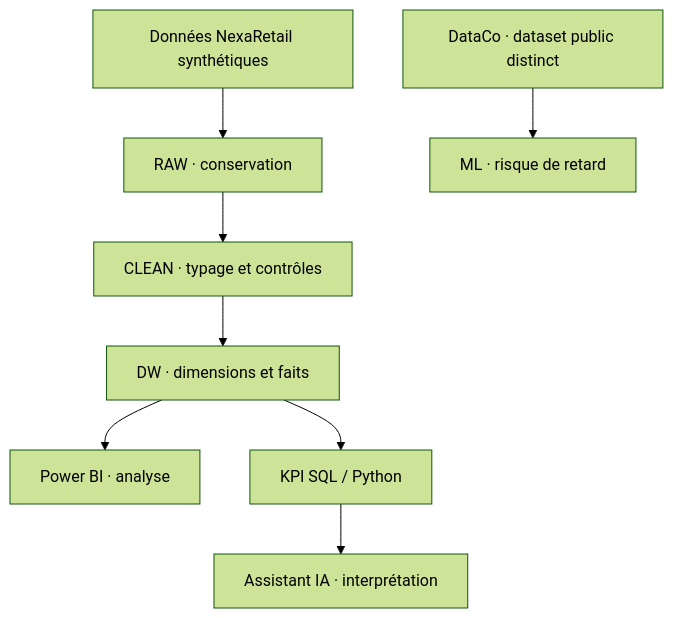
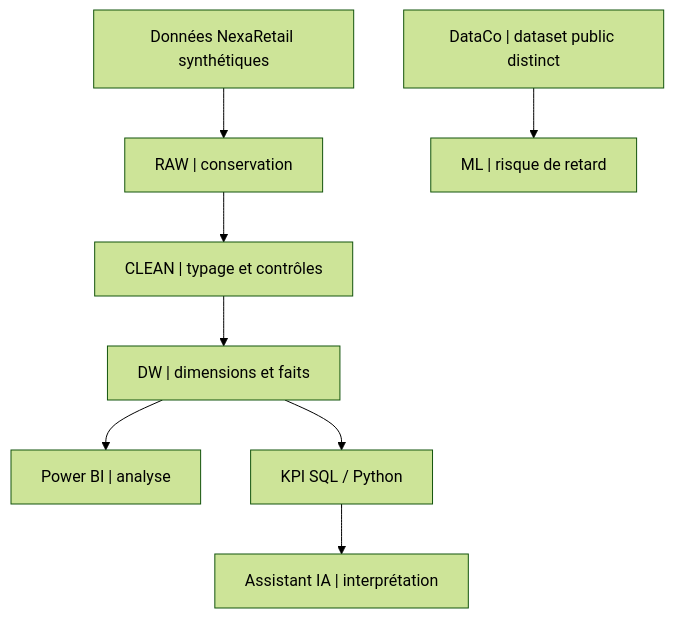
Before and after one commit to NacPKZ/ConsultAI-360: the second of 2 diagrams in docs/03_processus_metier.md, drawn with Mermaid (forest theme). The commit also changed other lines of this file, not shown here.

````diff
--- a/docs/03_processus_metier.md
+++ b/docs/03_processus_metier.md
@@ -107,10 +130,10 @@
 ```mermaid
 flowchart TD
-    A["Données NexaRetail synthétiques"] --> B["RAW · conservation"]
-    B --> C["CLEAN · typage et contrôles"]
-    C --> D["DW · dimensions et faits"]
-    D --> E["Power BI · analyse"]
+    A["Données NexaRetail synthétiques"] --> B["RAW | conservation"]
+    B --> C["CLEAN | typage et contrôles"]
+    C --> D["DW | dimensions et faits"]
+    D --> E["Power BI | analyse"]
     D --> F["KPI SQL / Python"]
-    F --> G["Assistant IA · interprétation"]
-    H["DataCo · dataset public distinct"] --> I["ML · risque de retard"]
+    F --> G["Assistant IA | interprétation"]
+    H["DataCo | dataset public distinct"] --> I["ML | risque de retard"]
 ```
````
